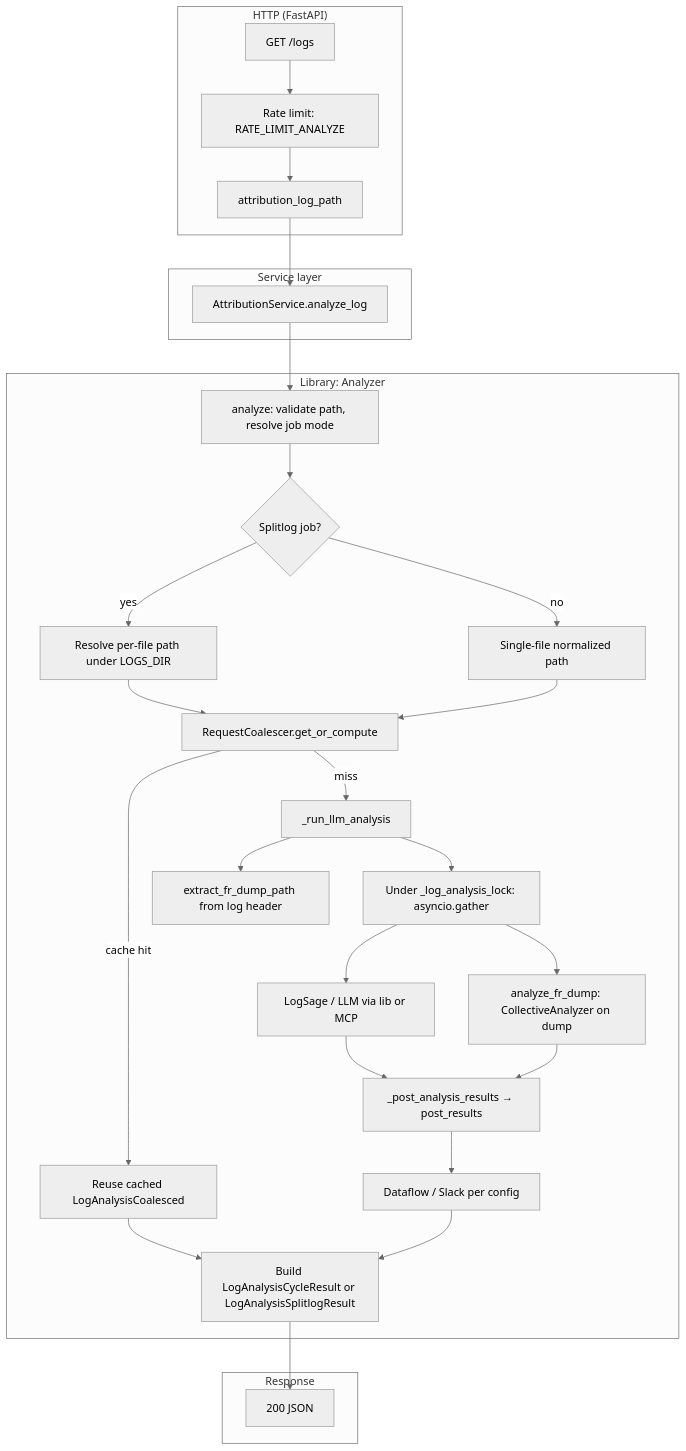
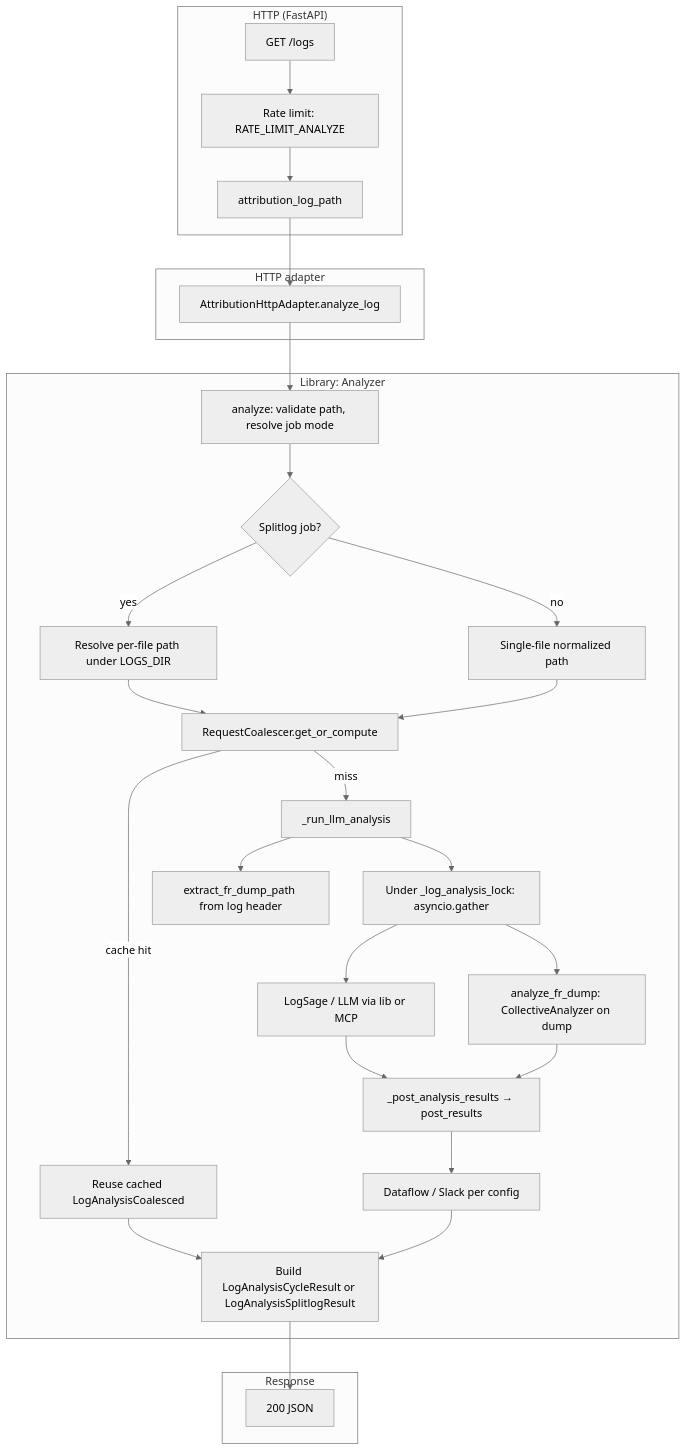
The diagram in services/nvrx_attrsvc/ATTRSVC_SPEC.md (NVIDIA/nvidia-resiliency-ext), drawn with Mermaid (neutral theme) before and after one commit. The commit also changed other lines of this file and 9 other files, not shown here.

````diff
--- a/services/nvrx_attrsvc/ATTRSVC_SPEC.md
+++ b/services/nvrx_attrsvc/ATTRSVC_SPEC.md
@@ -229,32 +229,32 @@
 ```mermaid
 flowchart TD
   subgraph http["HTTP (FastAPI)"]
     A[GET /logs] --> B[Rate limit: RATE_LIMIT_ANALYZE]
     B --> C[attribution_log_path]
   end
-  subgraph svc["Service layer"]
-    C --> D[AttributionService.analyze_log]
+  subgraph adapter["HTTP adapter"]
+    C --> D[AttributionHttpAdapter.analyze_log]
   end
   subgraph lib["Library: Analyzer"]
     D --> E[analyze: validate path, resolve job mode]
     E --> F{Splitlog job?}
     F -->|yes| G[Resolve per-file path under LOGS_DIR]
     F -->|no| H[Single-file normalized path]
     G --> I[RequestCoalescer.get_or_compute]
     H --> I
     I -->|cache hit| J[Reuse cached LogAnalysisCoalesced]
     I -->|miss| K[_run_llm_analysis]
     K --> L[extract_fr_dump_path from log header]
     K --> M[Under _log_analysis_lock: asyncio.gather]
     M --> N[LogSage / LLM via lib or MCP]
     M --> O[analyze_fr_dump: CollectiveAnalyzer on dump]
     N --> P[_post_analysis_results → post_results]
     O --> P
     P --> Q[Dataflow / Slack per config]
     J --> R[Build LogAnalysisCycleResult or LogAnalysisSplitlogResult]
     Q --> R
   end
   subgraph out["Response"]
     R --> S[200 JSON]
   end
 ```
````
